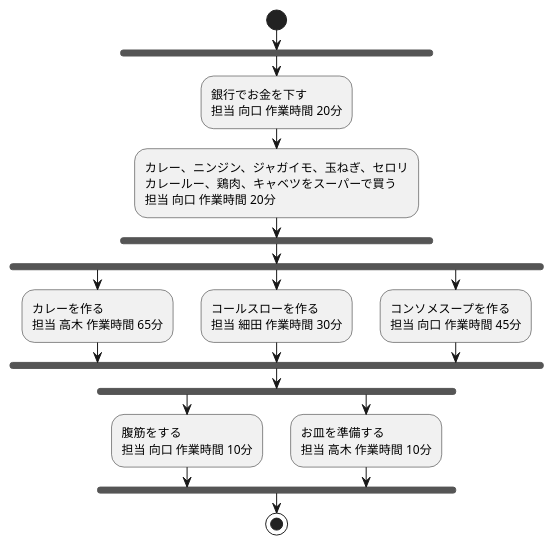
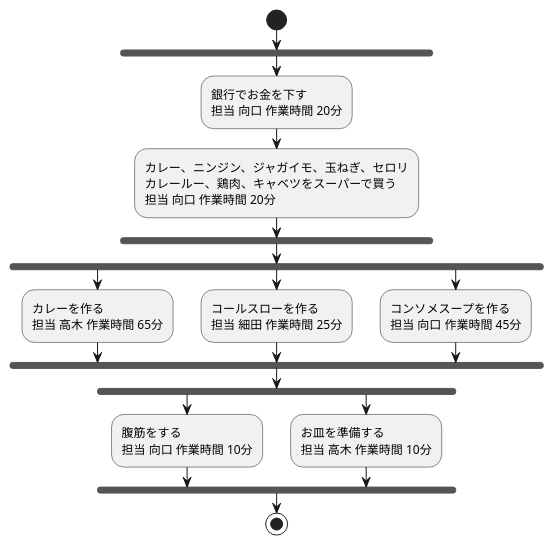
One commit to Morijyobi-guchi/dinner_project changed the diagram in 依存関係図_夕食をつくる.pu. Above: the diagram before and after it, drawn with PlantUML. The commit also changed 3 other files, not shown here.

Commit message:
コールスローのアクティビティ図

```diff
--- a/依存関係図_夕食をつくる.pu
+++ b/依存関係図_夕食をつくる.pu
@@ -1,26 +1,26 @@
 @startuml sample
 start
 fork
   :銀行でお金を下す
   担当 向口 作業時間 20分;
   :カレー、ニンジン、ジャガイモ、玉ねぎ、セロリ\nカレールー、鶏肉、キャベツをスーパーで買う\n担当 向口 作業時間 20分;
 end fork
 fork
   :カレーを作る
   担当 高木 作業時間 65分;
 fork again
   :コールスローを作る
-  担当 細田 作業時間 30分;
+  担当 細田 作業時間 25分;
 fork again
   :コンソメスープを作る
   担当 向口 作業時間 45分;
 end fork
 fork
   :腹筋をする
   担当 向口 作業時間 10分;
 fork again
   :お皿を準備する
   担当 高木 作業時間 10分;
 end fork
 stop
 @enduml
```
